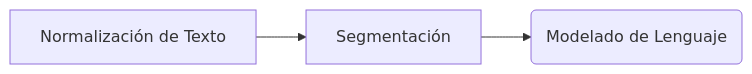
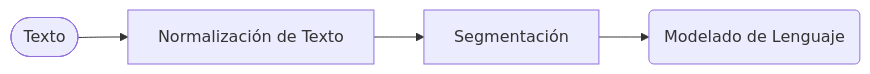
One commit to INGEOTEC/PLN changed the diagram in capitulos/02ManejandoTexto.qmd. Above: the diagram before and after it, drawn with Mermaid. The commit also changed other lines of this file, not shown here.

Commit message:
Manejando Texto (7)

````diff
--- a/capitulos/02ManejandoTexto.qmd
+++ b/capitulos/02ManejandoTexto.qmd
@@ -33,7 +38,10 @@
 ```{mermaid}
 %%| echo: false
+%%| fig-cap: Diagrama de Pre-procesamiento
+%%| label: fig-pre-procesamiento
 
 flowchart LR
-  A[Normalización de Texto] --> B[Segmentación]
-  B --> C(Modelado de Lenguaje)
+    I([Texto]) -->  A[Normalización de Texto]
+    A --> B[Segmentación]
+    B --> C(Modelado de Lenguaje)
 ```
````
